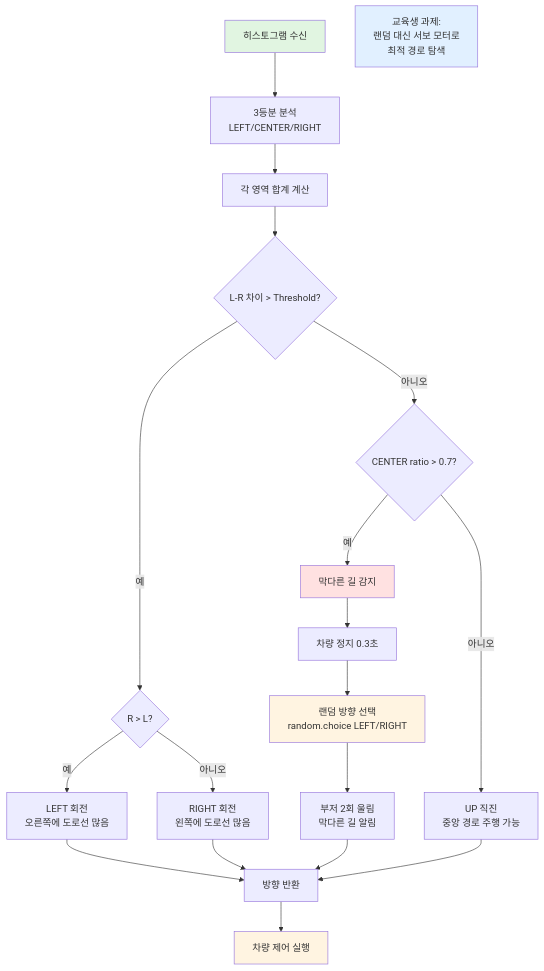
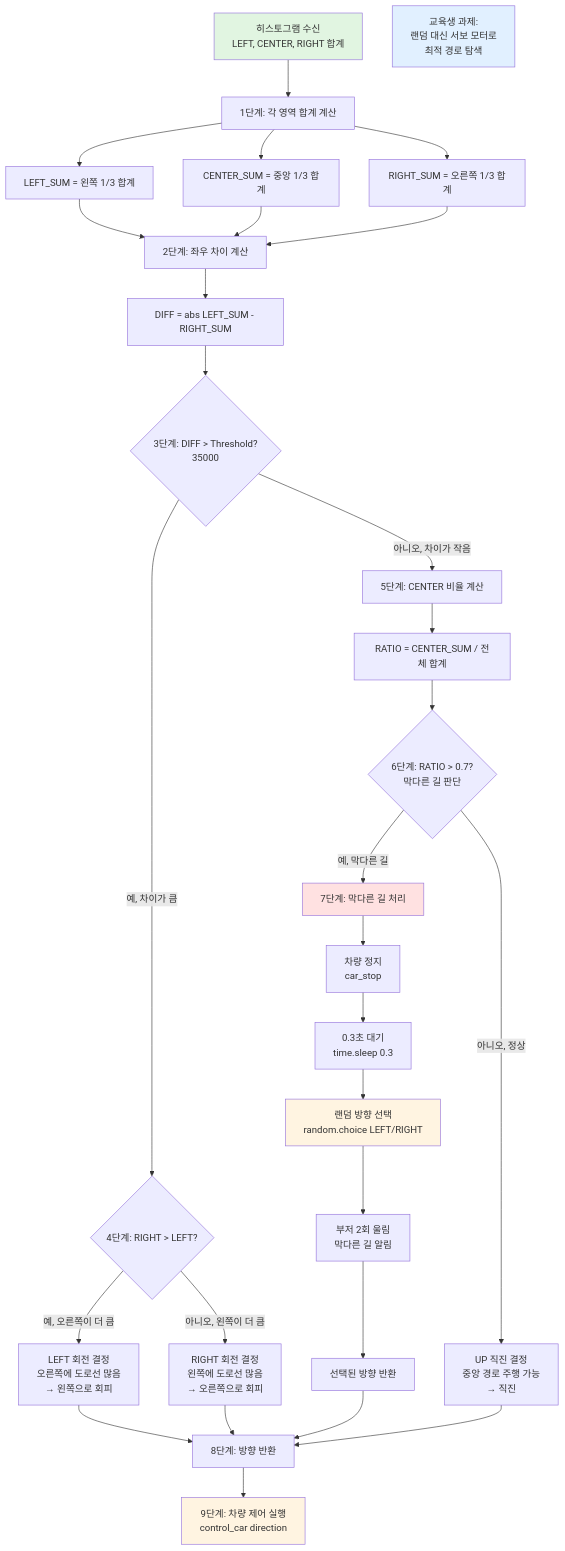
One commit to Collegenie-X/Raspbot-v2-self-driving-car changed the sixth of 23 diagrams in 03_self_driving/AUTOPLOT_SYSTEM_ANALYSIS.md. Above: the diagram before and after it, drawn with Mermaid. The commit also changed other lines of this file and 16 other files, not shown here.

````diff
--- a/03_self_driving/AUTOPLOT_SYSTEM_ANALYSIS.md
+++ b/03_self_driving/AUTOPLOT_SYSTEM_ANALYSIS.md
@@ -282,33 +322,46 @@
 ```mermaid
 flowchart TD
-    A[히스토그램 수신] --> B[3등분 분석<br/>LEFT/CENTER/RIGHT]
-    B --> C[각 영역 합계 계산]
-    C --> D{L-R 차이 > Threshold?}
+    A[히스토그램 수신<br/>LEFT, CENTER, RIGHT 합계] --> B[1단계: 각 영역 합계 계산]
+    B --> B1[LEFT_SUM = 왼쪽 1/3 합계]
+    B --> B2[CENTER_SUM = 중앙 1/3 합계]
+    B --> B3[RIGHT_SUM = 오른쪽 1/3 합계]
     
-    D -->|예| E{R > L?}
-    E -->|예| F[LEFT 회전<br/>오른쪽에 도로선 많음]
-    E -->|아니오| G[RIGHT 회전<br/>왼쪽에 도로선 많음]
+    B1 --> C[2단계: 좌우 차이 계산]
+    B2 --> C
+    B3 --> C
+    C --> C1[DIFF = abs LEFT_SUM - RIGHT_SUM]
     
-    D -->|아니오| H{CENTER ratio > 0.7?}
-    H -->|예| I[막다른 길 감지]
-    I --> J[차량 정지 0.3초]
-    J --> K[랜덤 방향 선택<br/>random.choice LEFT/RIGHT]
-    K --> L[부저 2회 울림<br/>막다른 길 알림]
+    C1 --> D{3단계: DIFF > Threshold?<br/>35000}
     
-    H -->|아니오| Q[UP 직진<br/>중앙 경로 주행 가능]
+    D -->|예, 차이가 큼| E{4단계: RIGHT > LEFT?}
+    E -->|예, 오른쪽이 더 큼| F[LEFT 회전 결정<br/>오른쪽에 도로선 많음<br/>→ 왼쪽으로 회피]
+    E -->|아니오, 왼쪽이 더 큼| G[RIGHT 회전 결정<br/>왼쪽에 도로선 많음<br/>→ 오른쪽으로 회피]
     
-    F --> R[방향 반환]
-    G --> R
-    L --> R
-    Q --> R
+    D -->|아니오, 차이가 작음| H[5단계: CENTER 비율 계산]
+    H --> H1[RATIO = CENTER_SUM / 전체 합계]
+    H1 --> I{6단계: RATIO > 0.7?<br/>막다른 길 판단}
     
-    R --> S[차량 제어 실행]
+    I -->|예, 막다른 길| J[7단계: 막다른 길 처리]
+    J --> J1[차량 정지<br/>car_stop]
+    J1 --> J2[0.3초 대기<br/>time.sleep 0.3]
+    J2 --> J3[랜덤 방향 선택<br/>random.choice LEFT/RIGHT]
+    J3 --> J4[부저 2회 울림<br/>막다른 길 알림]
+    J4 --> K[선택된 방향 반환]
+    
+    I -->|아니오, 정상| L[UP 직진 결정<br/>중앙 경로 주행 가능<br/>→ 직진]
+    
+    F --> M[8단계: 방향 반환]
+    G --> M
+    K --> M
+    L --> M
+    
+    M --> N[9단계: 차량 제어 실행<br/>control_car direction]
     
     style A fill:#e1f5e1
-    style I fill:#ffe1e1
-    style S fill:#fff4e1
-    style K fill:#fff4e1
+    style J fill:#ffe1e1
+    style N fill:#fff4e1
+    style J3 fill:#fff4e1
     
     note1[교육생 과제:<br/>랜덤 대신 서보 모터로<br/>최적 경로 탐색]
     style note1 fill:#e1f0ff
 ```
````
